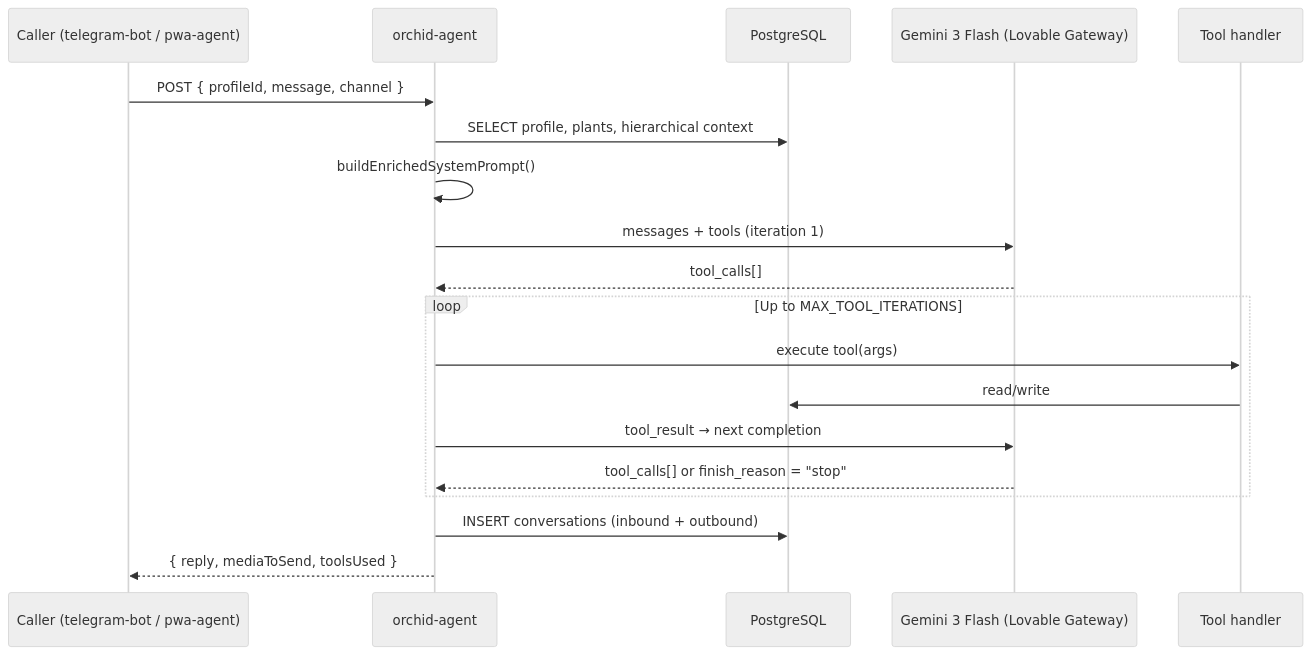
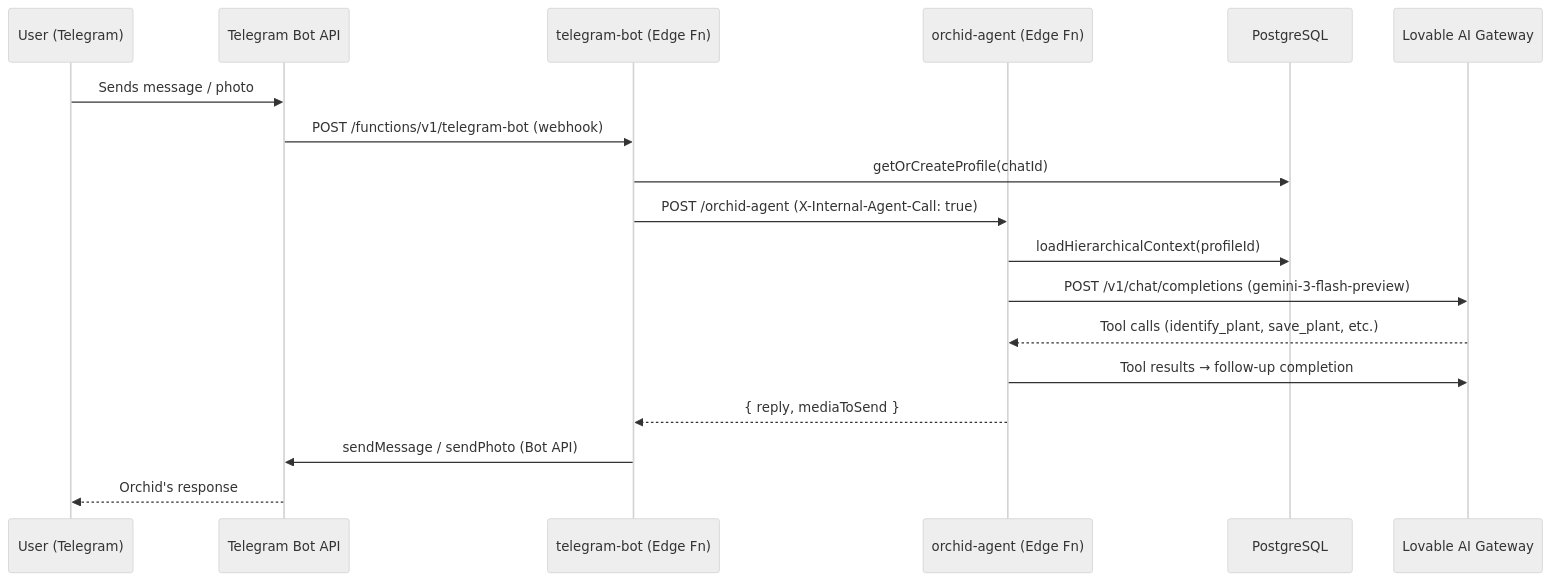
The first of 11 diagrams in docs/TECHNICAL_REPORT.md (masudl-hub/orchidcare), drawn with Mermaid (neutral theme) before and after one commit. The commit also changed other lines of this file, not shown here.

````diff
--- a/docs/TECHNICAL_REPORT.md
+++ b/docs/TECHNICAL_REPORT.md
@@ -169,22 +176,21 @@
 ```mermaid
 sequenceDiagram
-    participant Caller as Caller (telegram-bot / pwa-agent)
-    participant OA as orchid-agent
+    participant U as User (Telegram)
+    participant TG as Telegram Bot API
+    participant TB as telegram-bot (Edge Fn)
+    participant OA as orchid-agent (Edge Fn)
     participant DB as PostgreSQL
-    participant AI as Gemini 3 Flash (Lovable Gateway)
-    participant Tool as Tool handler
+    participant AI as Lovable AI Gateway
 
-    Caller->>OA: POST { profileId, message, channel }
-    OA->>DB: SELECT profile, plants, hierarchical context
-    OA->>OA: buildEnrichedSystemPrompt()
-    OA->>AI: messages + tools (iteration 1)
-    AI-->>OA: tool_calls[]
-    loop Up to MAX_TOOL_ITERATIONS
-        OA->>Tool: execute tool(args)
-        Tool->>DB: read/write
-        OA->>AI: tool_result → next completion
-        AI-->>OA: tool_calls[] or finish_reason = "stop"
-    end
-    OA->>DB: INSERT conversations (inbound + outbound)
-    OA-->>Caller: { reply, mediaToSend, toolsUsed }
+    U->>TG: Sends message / photo
+    TG->>TB: POST /functions/v1/telegram-bot (webhook)
+    TB->>DB: getOrCreateProfile(chatId)
+    TB->>OA: POST /orchid-agent (X-Internal-Agent-Call: true)
+    OA->>DB: loadHierarchicalContext(profileId)
+    OA->>AI: POST /v1/chat/completions (gemini-3-flash-preview)
+    AI-->>OA: Tool calls (identify_plant, save_plant, etc.)
+    OA->>AI: Tool results → follow-up completion
+    OA-->>TB: { reply, mediaToSend }
+    TB->>TG: sendMessage / sendPhoto (Bot API)
+    TG-->>U: Orchid's response
 ```
````
